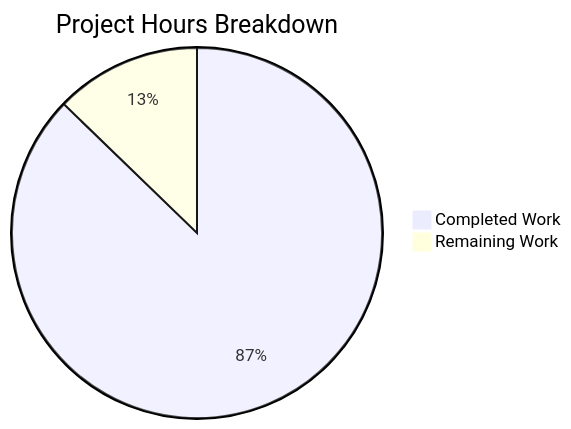
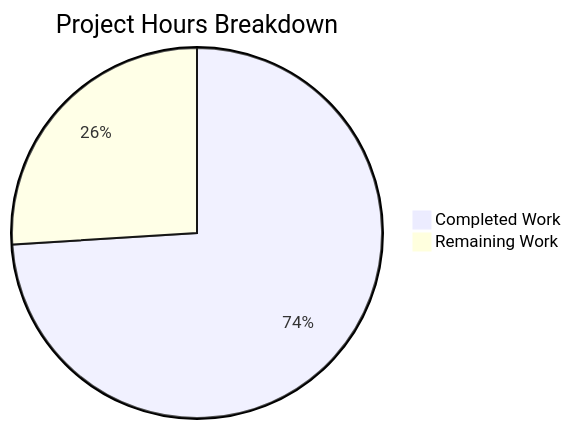
One commit to Blitzy-Sandbox/blitzy-cal changed the second of 2 diagrams in blitzy/documentation/Project Guide.md. Above: the diagram before and after it, drawn with Mermaid. The commit also changed other lines of this file, not shown here.

Commit message:
Adding Blitzy Project Guide: Project Status and Human Tasks Remaining

````diff
--- a/blitzy/documentation/Project Guide.md
+++ b/blitzy/documentation/Project Guide.md
@@ -227,5 +216,5 @@
 ```mermaid
 pie title Project Hours Breakdown
-    "Completed Work" : 253
-    "Remaining Work" : 37
+    "Completed Work" : 148
+    "Remaining Work" : 52
 ```
````
